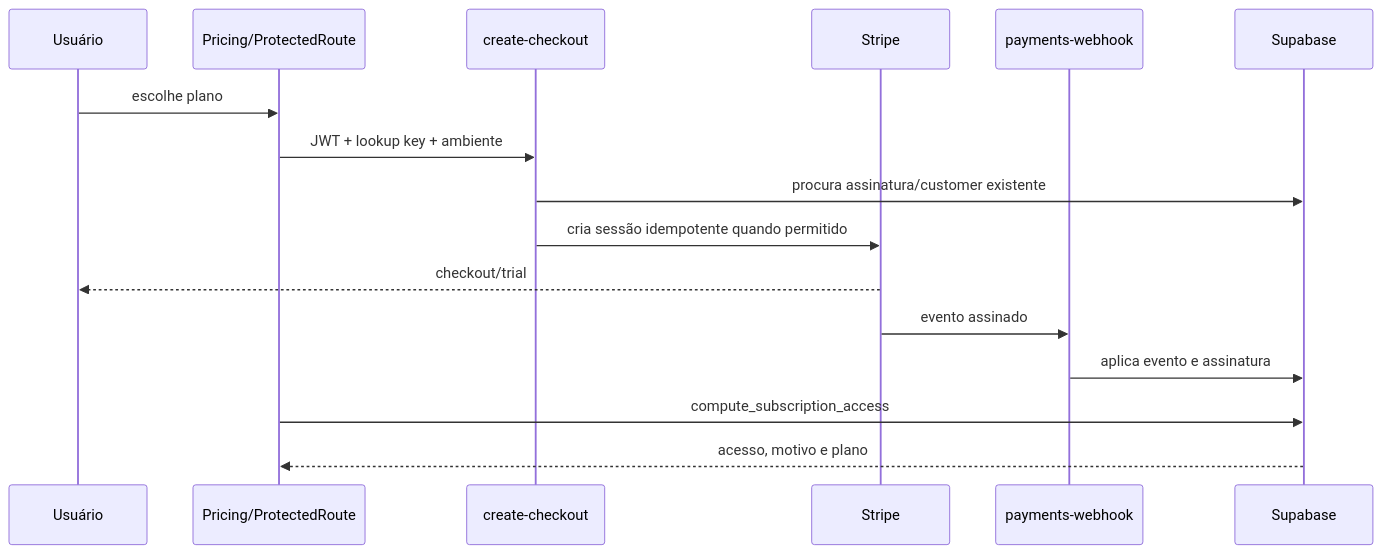
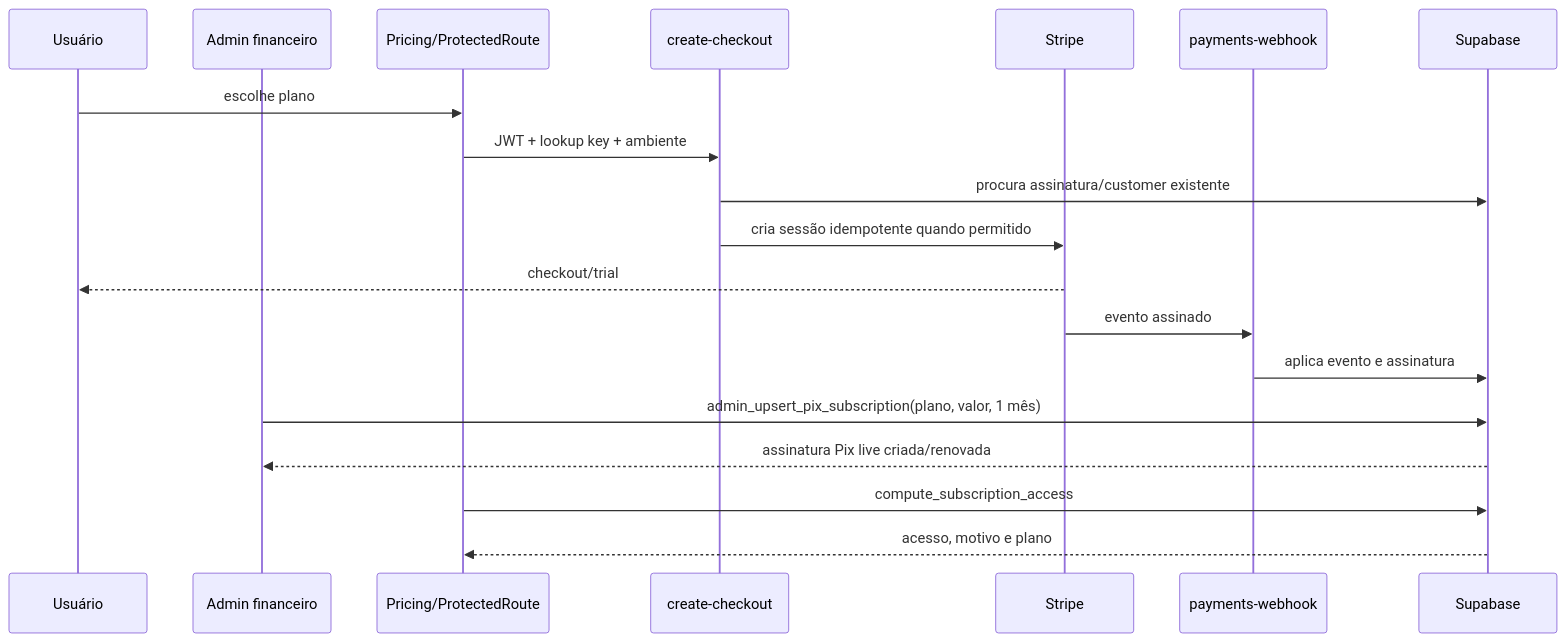
One commit to franciscocastro-svg/feed-bot-ai changed the third of 3 diagrams in ARCHITECTURE.md. Above: the diagram before and after it, drawn with Mermaid. The commit also changed other lines of this file and 9 other files, not shown here.

Commit message:
Add live manual Pix subscriptions

````diff
--- a/ARCHITECTURE.md
+++ b/ARCHITECTURE.md
@@ -174,19 +174,22 @@
 ```mermaid
 sequenceDiagram
     participant U as Usuário
+    participant A as Admin financeiro
     participant FE as Pricing/ProtectedRoute
     participant CO as create-checkout
     participant S as Stripe
     participant WH as payments-webhook
     participant DB as Supabase
 
     U->>FE: escolhe plano
     FE->>CO: JWT + lookup key + ambiente
     CO->>DB: procura assinatura/customer existente
     CO->>S: cria sessão idempotente quando permitido
     S-->>U: checkout/trial
     S->>WH: evento assinado
     WH->>DB: aplica evento e assinatura
+    A->>DB: admin_upsert_pix_subscription(plano, valor, 1 mês)
+    DB-->>A: assinatura Pix live criada/renovada
     FE->>DB: compute_subscription_access
     DB-->>FE: acesso, motivo e plano
 ```
````
